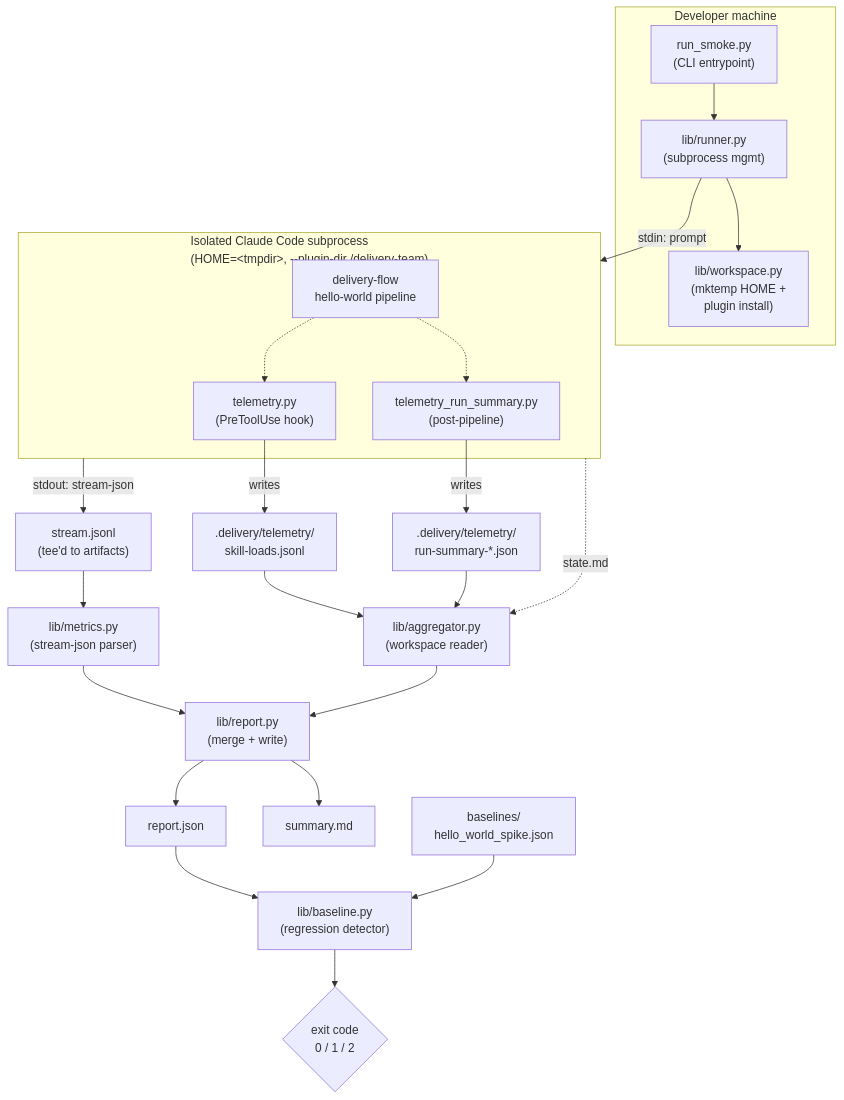
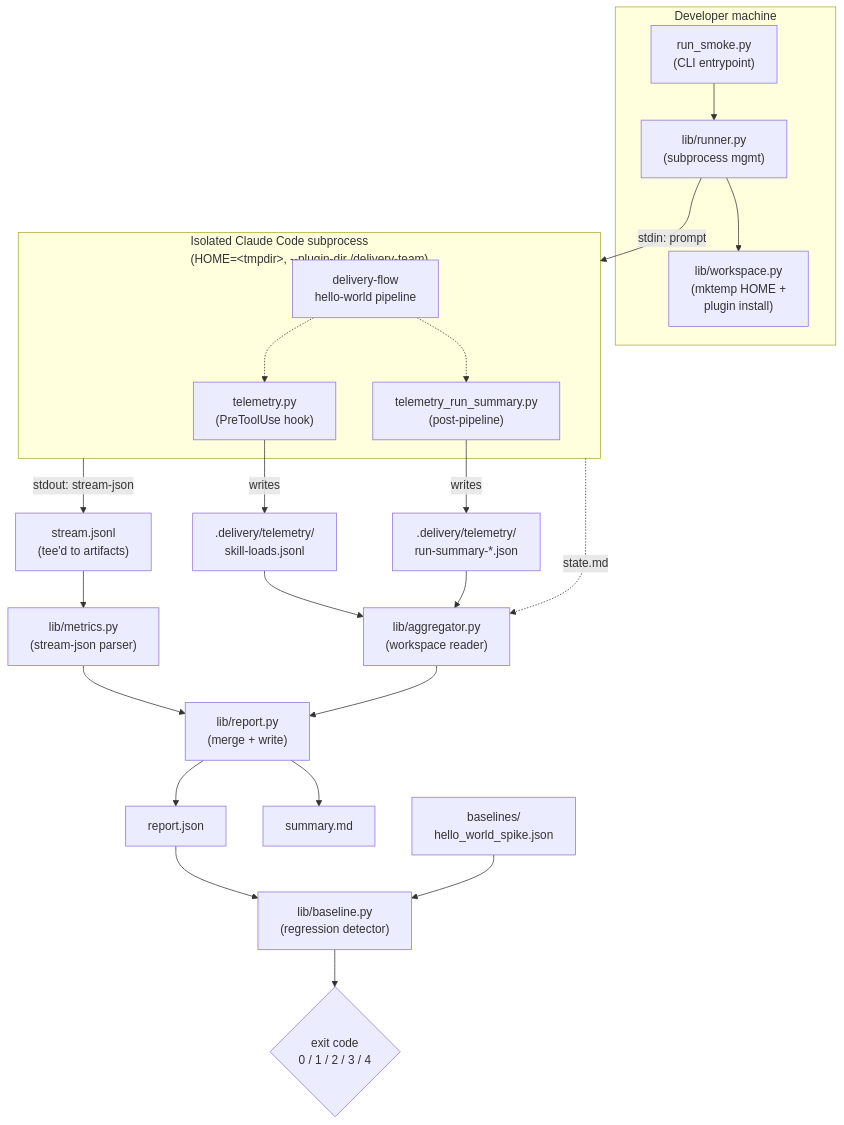
Before and after one commit to P47Phoenix/Claude-Plugins: the diagram in delivery-team/architecture/smoke-test-architecture.md, drawn with Mermaid. The commit also changed other lines of this file and 2 other files, not shown here.

First line of the commit message:
docs(smoke) S7: schema v2 smoke docs, README, CHANGELOG entry for BACKLOG-108

````diff
--- a/delivery-team/architecture/smoke-test-architecture.md
+++ b/delivery-team/architecture/smoke-test-architecture.md
@@ -18,37 +18,37 @@
 ```mermaid
 flowchart TB
     subgraph DEV[Developer machine]
         CLI["run_smoke.py<br/>(CLI entrypoint)"]
         RUN["lib/runner.py<br/>(subprocess mgmt)"]
         WS["lib/workspace.py<br/>(mktemp HOME +<br/>plugin install)"]
         CLI --> RUN
         RUN --> WS
     end
 
     subgraph SUB["Isolated Claude Code subprocess<br/>(HOME=&lt;tmpdir&gt;, --plugin-dir <repo>/delivery-team)"]
         DF["delivery-flow<br/>hello-world pipeline"]
         TEL["telemetry.py<br/>(PreToolUse hook)"]
         SUM["telemetry_run_summary.py<br/>(post-pipeline)"]
         DF -.-> TEL
         DF -.-> SUM
     end
 
     RUN -- "stdin: prompt" --> SUB
     SUB -- "stdout: stream-json" --> SJ["stream.jsonl<br/>(tee'd to artifacts)"]
     TEL -- "writes" --> JL[".delivery/telemetry/<br/>skill-loads.jsonl"]
     SUM -- "writes" --> RS[".delivery/telemetry/<br/>run-summary-*.json"]
 
     SJ --> MET["lib/metrics.py<br/>(stream-json parser)"]
     JL --> AGG["lib/aggregator.py<br/>(workspace reader)"]
     RS --> AGG
     SUB -. "state.md" .-> AGG
 
     MET --> RPT["lib/report.py<br/>(merge + write)"]
     AGG --> RPT
     RPT --> R1["report.json"]
     RPT --> R2["summary.md"]
 
     R1 --> CMP["lib/baseline.py<br/>(regression detector)"]
     BL["baselines/<br/>hello_world_spike.json"] --> CMP
-    CMP --> EX{"exit code<br/>0 / 1 / 2"}
+    CMP --> EX{"exit code<br/>0 / 1 / 2 / 3 / 4"}
 ```
````
